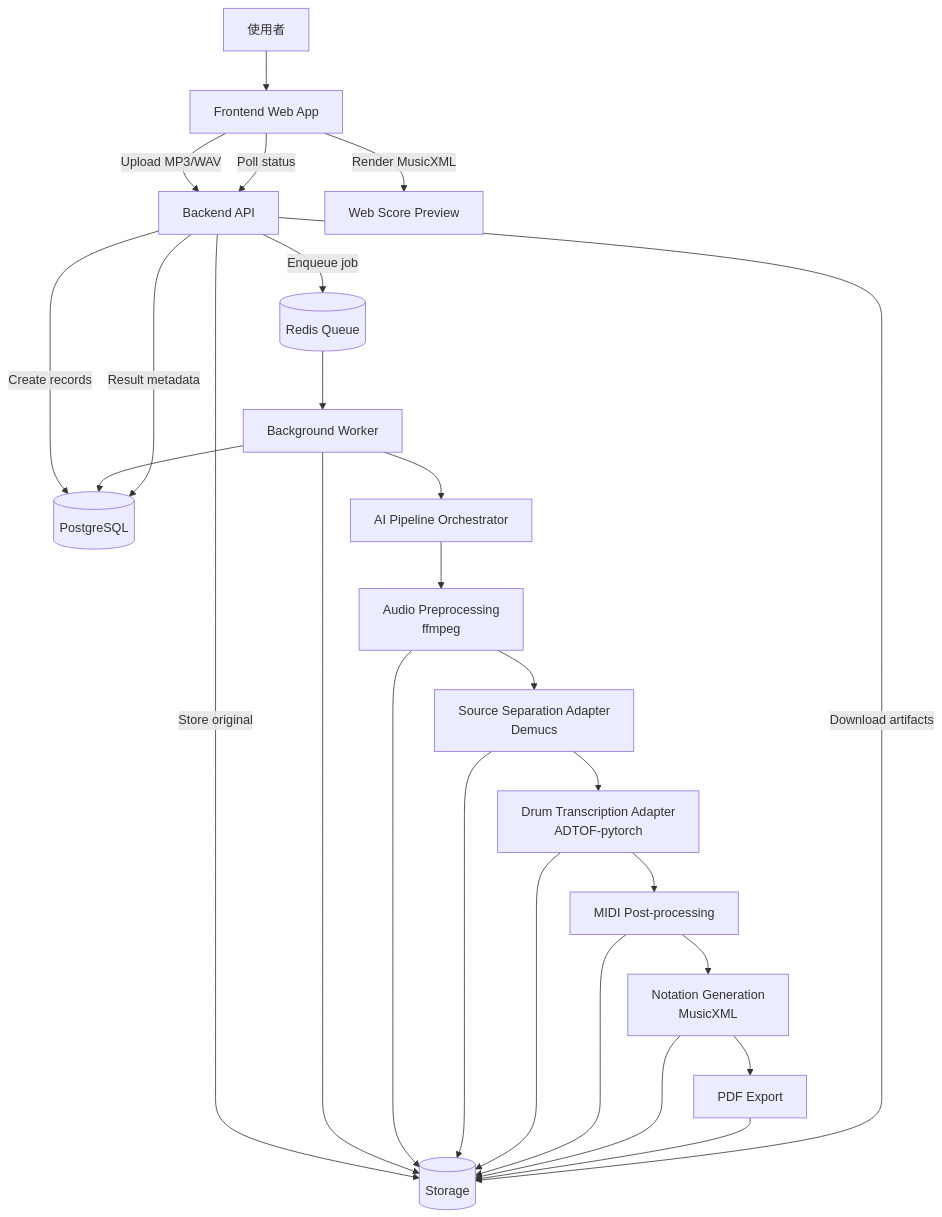
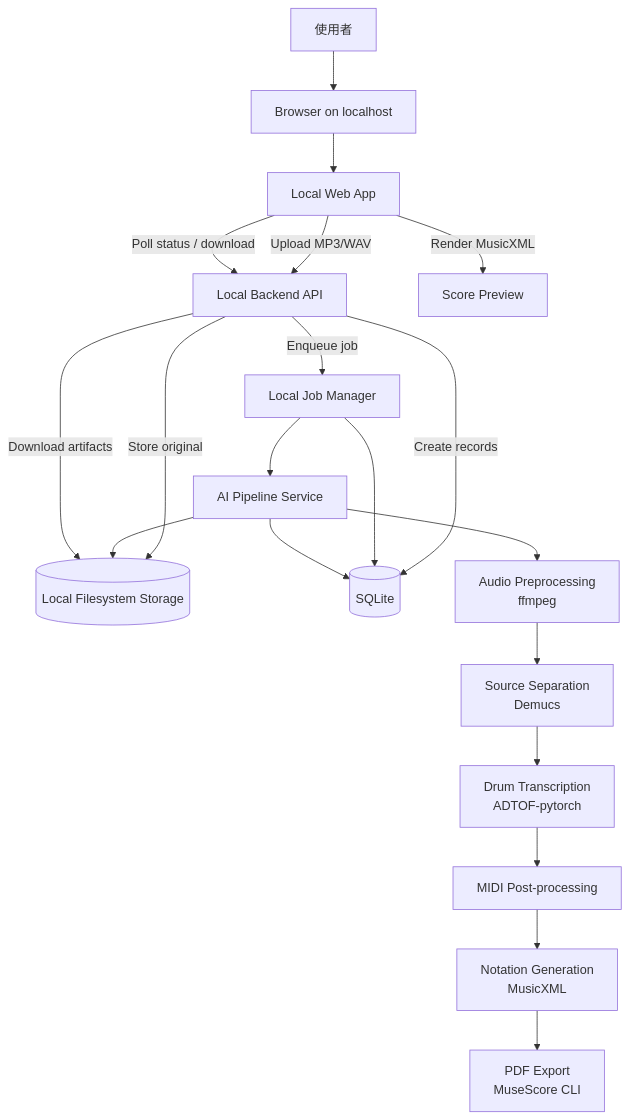
Before and after one commit to newhandarky/GrooveScribe: the first of 2 diagrams in docs/系統架構.md, drawn with Mermaid. The commit also changed other lines of this file and 52 other files, not shown here.

````diff
--- a/docs/系統架構.md
+++ b/docs/系統架構.md
@@ -182,31 +250,26 @@
 ```mermaid
 flowchart TD
-    U[使用者] --> FE[Frontend Web App]
-    FE -->|Upload MP3/WAV| API[Backend API]
-    API -->|Store original| ST[(Storage)]
-    API -->|Create records| DB[(PostgreSQL)]
-    API -->|Enqueue job| Q[(Redis Queue)]
-    FE -->|Poll status| API
+    U[使用者] --> B[Browser on localhost]
+    B --> FE[Local Web App]
+    FE -->|Upload MP3/WAV| API[Local Backend API]
+    FE -->|Poll status / download| API
 
-    Q --> W[Background Worker]
-    W --> DB
-    W --> ST
-    W --> P[AI Pipeline Orchestrator]
+    API -->|Store original| ST[(Local Filesystem Storage)]
+    API -->|Create records| DB[(SQLite)]
+    API -->|Enqueue job| JM[Local Job Manager]
 
-    P --> A[Audio Preprocessing\nffmpeg]
-    A --> ST
-    A --> S[Source Separation Adapter\nDemucs]
-    S --> ST
-    S --> T[Drum Transcription Adapter\nADTOF-pytorch]
-    T --> ST
+    JM --> PS[AI Pipeline Service]
+    JM --> DB
+    PS --> ST
+    PS --> DB
+
+    PS --> A[Audio Preprocessing\nffmpeg]
+    A --> S[Source Separation\nDemucs]
+    S --> T[Drum Transcription\nADTOF-pytorch]
     T --> M[MIDI Post-processing]
-    M --> ST
     M --> N[Notation Generation\nMusicXML]
-    N --> ST
-    N --> PDF[PDF Export]
-    PDF --> ST
+    N --> PDF[PDF Export\nMuseScore CLI]
 
-    API -->|Result metadata| DB
     API -->|Download artifacts| ST
-    FE -->|Render MusicXML| PREV[Web Score Preview]
+    FE -->|Render MusicXML| PREV[Score Preview]
 ```
````
